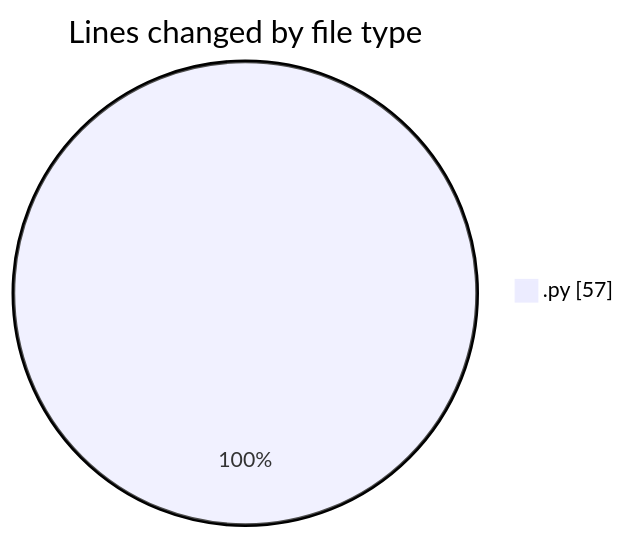
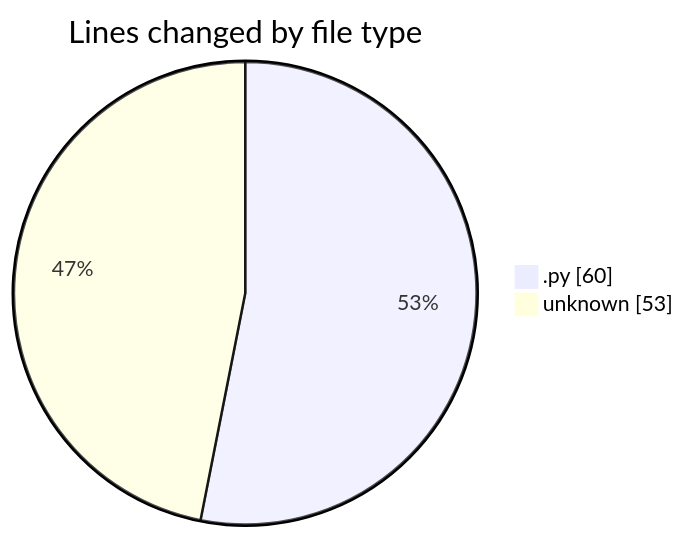
Before and after one commit to julien-gomy/code-tracking: the first of 2 diagrams in 2025-11-13/eventscop-api-guide__workspace_/README.md, drawn with Mermaid. The commit also changed other lines of this file and 1 other file, not shown here.

````diff
--- a/2025-11-13/eventscop-api-guide__workspace_/README.md
+++ b/2025-11-13/eventscop-api-guide__workspace_/README.md
@@ -20,5 +21,6 @@
 ```mermaid
 pie showData
 title Lines changed by file type
-".py" : 57
+".py" : 60
+"unknown" : 53
 ```
````
